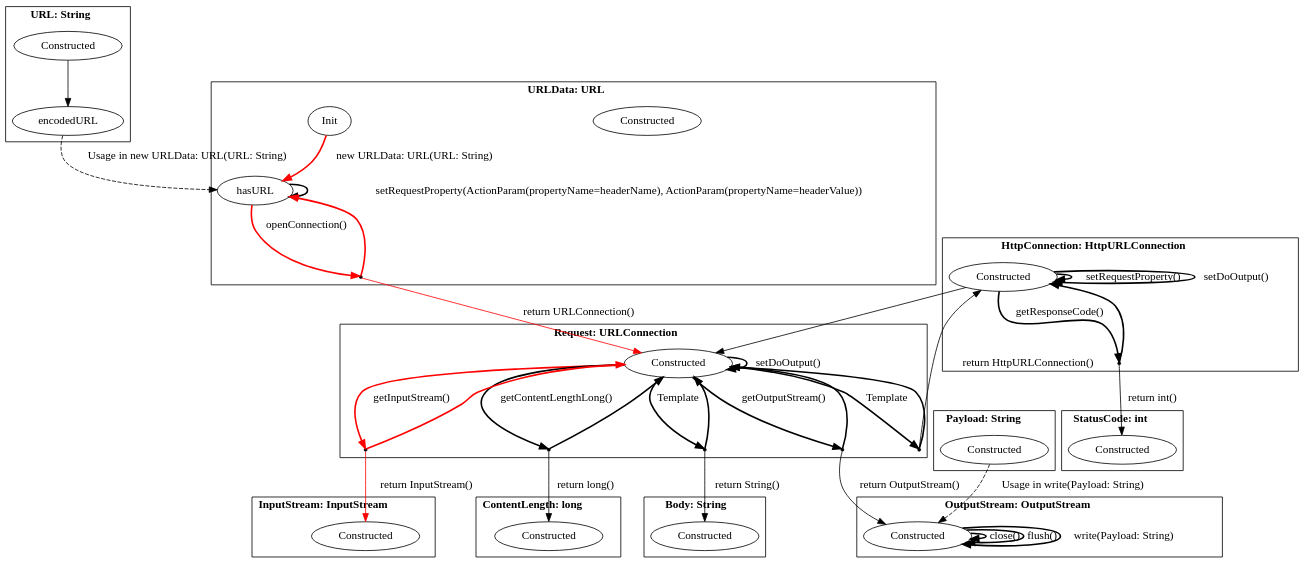
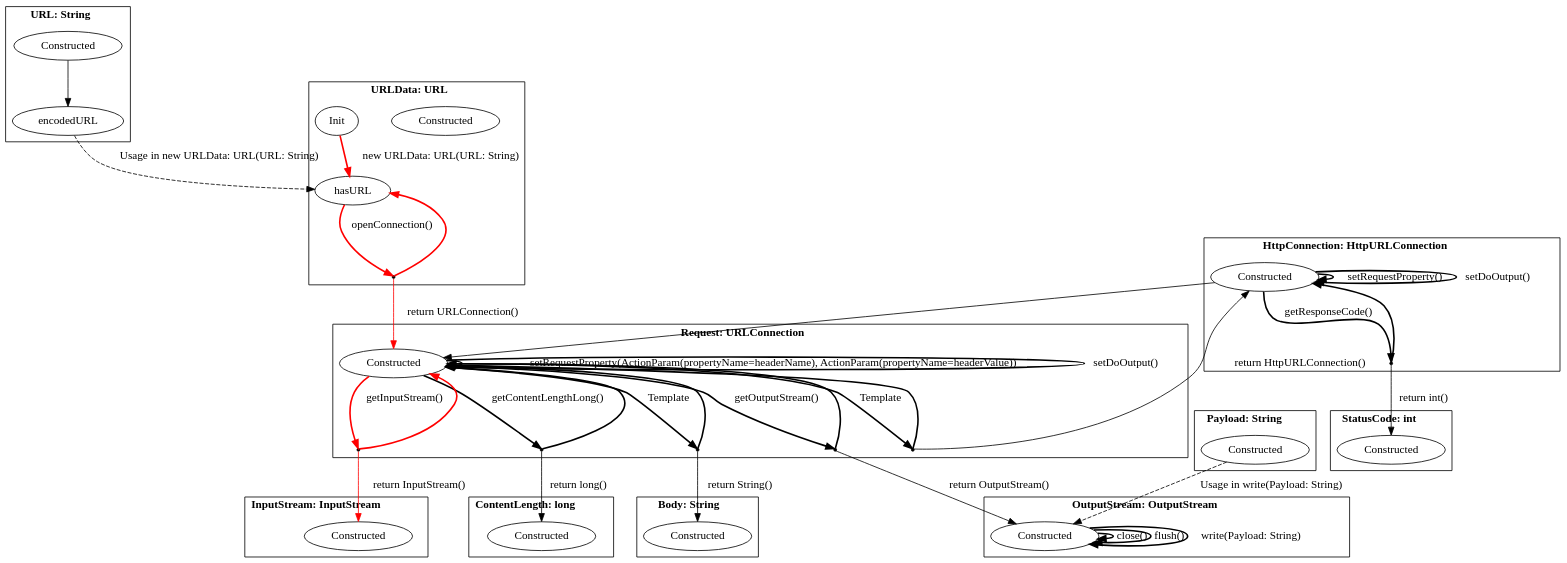
One commit to h31/LibraryMigration changed the diagram in pictures/extracted_javaOfficial.dot. Above: the diagram before and after it, drawn with Graphviz. The commit also changed 14 other files, not shown here.

```diff
--- a/pictures/extracted_javaOfficial.dot
+++ b/pictures/extracted_javaOfficial.dot
@@ -1,86 +1,86 @@
 digraph G {
     bgcolor="transparent";
     subgraph cluster0 {
     label = <<B>URL: String</B>>;
         Constructed_URL [ label="Constructed" ];
         encodedURL_URL [ label="encodedURL" ];
     }
     subgraph cluster1 {
     label = <<B>URLData: URL</B>>;
         Constructed_URLData [ label="Constructed" ];
         hasURL_URLData [ label="hasURL" ];
         Init_URLData [ label="Init" ];
         virtual0 [ shape = point ];
     }
     subgraph cluster2 {
     label = <<B>Request: URLConnection</B>>;
         Constructed_Request [ label="Constructed" ];
         virtual1 [ shape = point ];
         virtual2 [ shape = point ];
         virtual3 [ shape = point ];
         virtual4 [ shape = point ];
         virtual5 [ shape = point ];
     }
     subgraph cluster3 {
     label = <<B>Body: String</B>>;
         Constructed_Body [ label="Constructed" ];
     }
     subgraph cluster4 {
     label = <<B>InputStream: InputStream</B>>;
         Constructed_InputStream [ label="Constructed" ];
     }
     subgraph cluster5 {
     label = <<B>ContentLength: long</B>>;
         Constructed_ContentLength [ label="Constructed" ];
     }
     subgraph cluster6 {
     label = <<B>StatusCode: int</B>>;
         Constructed_StatusCode [ label="Constructed" ];
     }
     subgraph cluster7 {
     label = <<B>HttpConnection: HttpURLConnection</B>>;
         Constructed_HttpConnection [ label="Constructed" ];
         virtual6 [ shape = point ];
     }
     subgraph cluster8 {
     label = <<B>OutputStream: OutputStream</B>>;
         Constructed_OutputStream [ label="Constructed" ];
     }
     subgraph cluster9 {
     label = <<B>Payload: String</B>>;
         Constructed_Payload [ label="Constructed" ];
     }
         Constructed_URL -> encodedURL_URL [ label="", style = "solid"  ];
         encodedURL_URL -> hasURL_URLData [ label="Usage in new URLData: URL(URL: String)", style = "dashed"  ];
         Init_URLData -> hasURL_URLData [ label="new URLData: URL(URL: String)", style = "bold" , color = red ];
         hasURL_URLData -> virtual0 [ style = "bold" label="openConnection()" , color = red ];
         virtual0 -> hasURL_URLData [ style = "bold" , color = red ];
         virtual0 -> Constructed_Request [ label="return URLConnection()" , color = red ];
         Constructed_Request -> virtual1 [ style = "bold" label="Template"  ];
         virtual1 -> Constructed_Request [ style = "bold"  ];
         virtual1 -> Constructed_Body [ label="return String()"  ];
         Constructed_Request -> virtual2 [ style = "bold" label="getInputStream()" , color = red ];
         virtual2 -> Constructed_Request [ style = "bold" , color = red ];
         virtual2 -> Constructed_InputStream [ label="return InputStream()" , color = red ];
-        hasURL_URLData -> hasURL_URLData [ label="setRequestProperty(ActionParam(propertyName&#x3D;headerName), ActionParam(propertyName&#x3D;headerValue))", style = "bold"  ];
+        Constructed_Request -> Constructed_Request [ label="setRequestProperty(ActionParam(propertyName&#x3D;headerName), ActionParam(propertyName&#x3D;headerValue))", style = "bold"  ];
         Constructed_Request -> Constructed_Request [ label="setDoOutput()", style = "bold"  ];
         Constructed_Request -> virtual3 [ style = "bold" label="getContentLengthLong()"  ];
         virtual3 -> Constructed_Request [ style = "bold"  ];
         virtual3 -> Constructed_ContentLength [ label="return long()"  ];
         Constructed_Request -> virtual4 [ style = "bold" label="getOutputStream()"  ];
         virtual4 -> Constructed_Request [ style = "bold"  ];
         virtual4 -> Constructed_OutputStream [ label="return OutputStream()"  ];
         Constructed_Request -> virtual5 [ style = "bold" label="Template"  ];
         virtual5 -> Constructed_Request [ style = "bold"  ];
         virtual5 -> Constructed_HttpConnection [ label="return HttpURLConnection()"  ];
         Constructed_HttpConnection -> Constructed_Request [ label="", style = "solid"  ];
         Constructed_HttpConnection -> virtual6 [ style = "bold" label="getResponseCode()"  ];
         virtual6 -> Constructed_HttpConnection [ style = "bold"  ];
         virtual6 -> Constructed_StatusCode [ label="return int()"  ];
         Constructed_HttpConnection -> Constructed_HttpConnection [ label="setRequestProperty()", style = "bold"  ];
         Constructed_HttpConnection -> Constructed_HttpConnection [ label="setDoOutput()", style = "bold"  ];
         Constructed_OutputStream -> Constructed_OutputStream [ label="close()", style = "bold"  ];
         Constructed_OutputStream -> Constructed_OutputStream [ label="flush()", style = "bold"  ];
         Constructed_OutputStream -> Constructed_OutputStream [ label="write(Payload: String)", style = "bold"  ];
         Constructed_Payload -> Constructed_OutputStream [ label="Usage in write(Payload: String)", style = "dashed"  ];
 }
```
